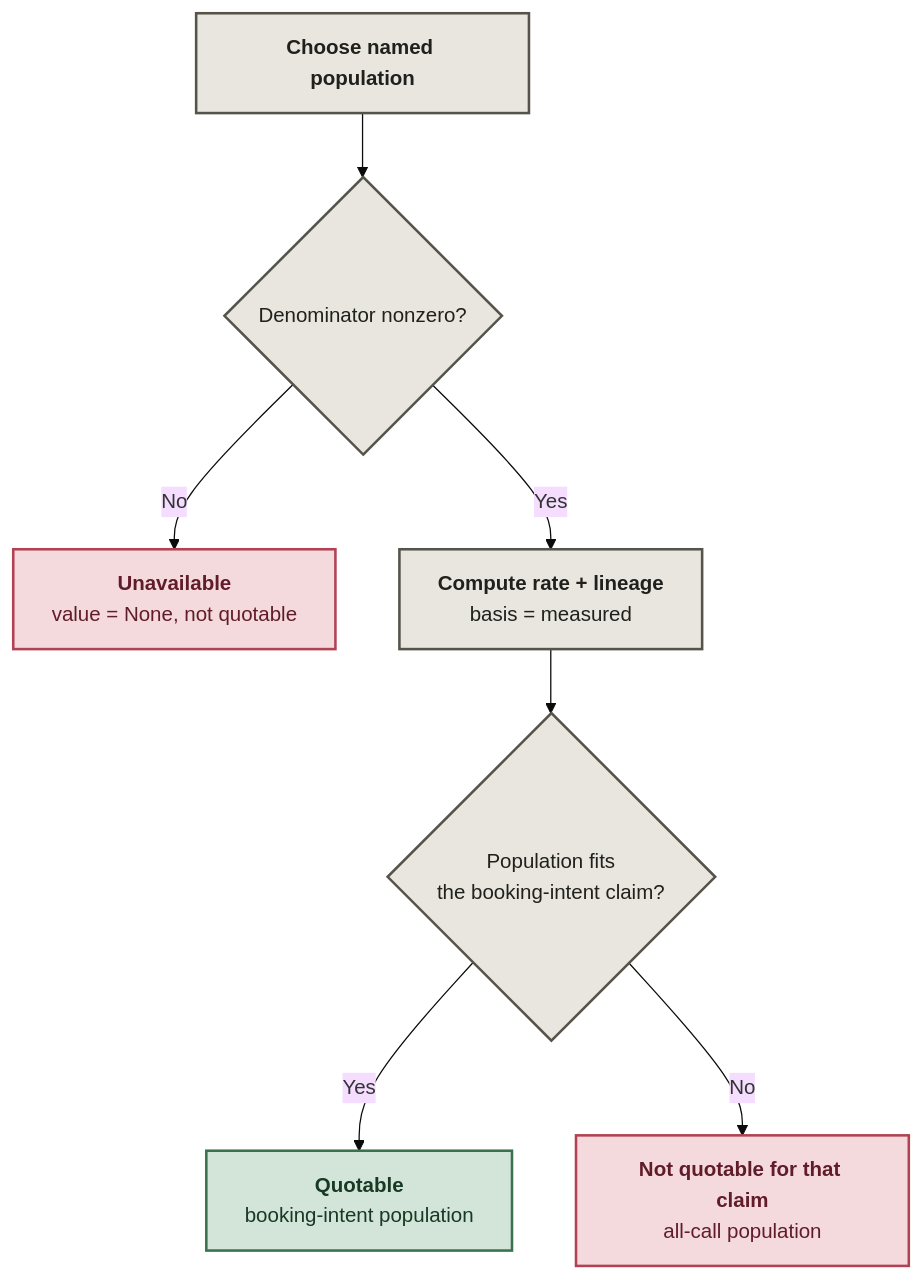
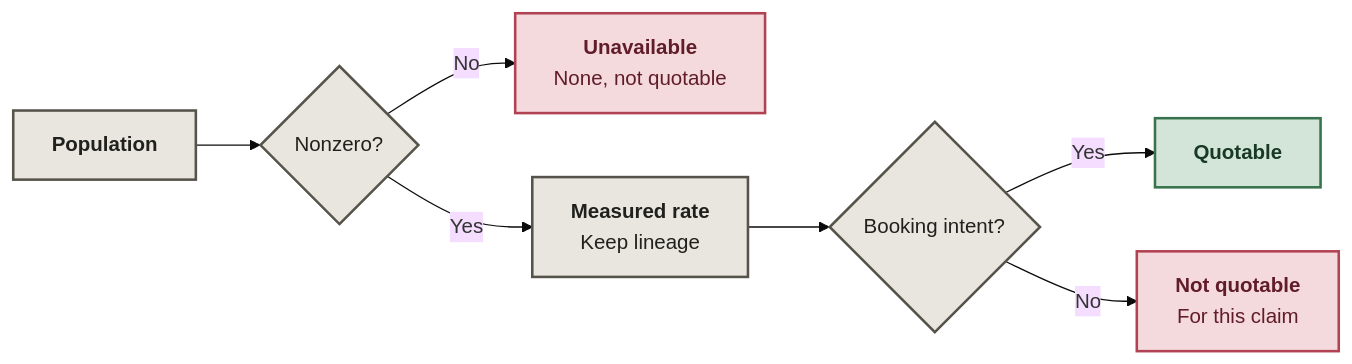
The first of 2 diagrams in README.md (Niyam-Paneru/metric-integrity), drawn with Mermaid (base theme) before and after one commit. The commit also changed other lines of this file, not shown here.

Commit message:
docs: compact decision diagrams for README width

````diff
--- a/README.md
+++ b/README.md
@@ -11,15 +13,15 @@
 ```mermaid
-flowchart TB
-    P["<b>Choose named population</b>"] --> D{"Denominator nonzero?"}
-    D -- No --> U["<b>Unavailable</b><br/>value = None, not quotable"]
-    D -- Yes --> R["<b>Compute rate + lineage</b><br/>basis = measured"]
-    R --> Q{"Population fits<br/>the booking-intent claim?"}
-    Q -- Yes --> Y["<b>Quotable</b><br/>booking-intent population"]
-    Q -- No --> N["<b>Not quotable for that claim</b><br/>all-call population"]
+flowchart LR
+    P["<b>Population</b>"] --> D{"Nonzero?"}
+    D -- No --> U["<b>Unavailable</b><br/>None, not quotable"]
+    D -- Yes --> R["<b>Measured rate</b><br/>Keep lineage"]
+    R --> Q{"Booking intent?"}
+    Q -- Yes --> Y["<b>Quotable</b>"]
+    Q -- No --> N["<b>Not quotable</b><br/>For this claim"]
     classDef input fill:#e8e6df,stroke:#55534a,color:#20201d,stroke-width:2px;
     classDef pass fill:#d2e5d8,stroke:#38734d,color:#183923,stroke-width:2px;
     classDef stop fill:#f4dadd,stroke:#b14253,color:#611c29,stroke-width:2px;
     class P,D,R,Q input;
     class Y pass;
     class U,N stop;
 ```
````
